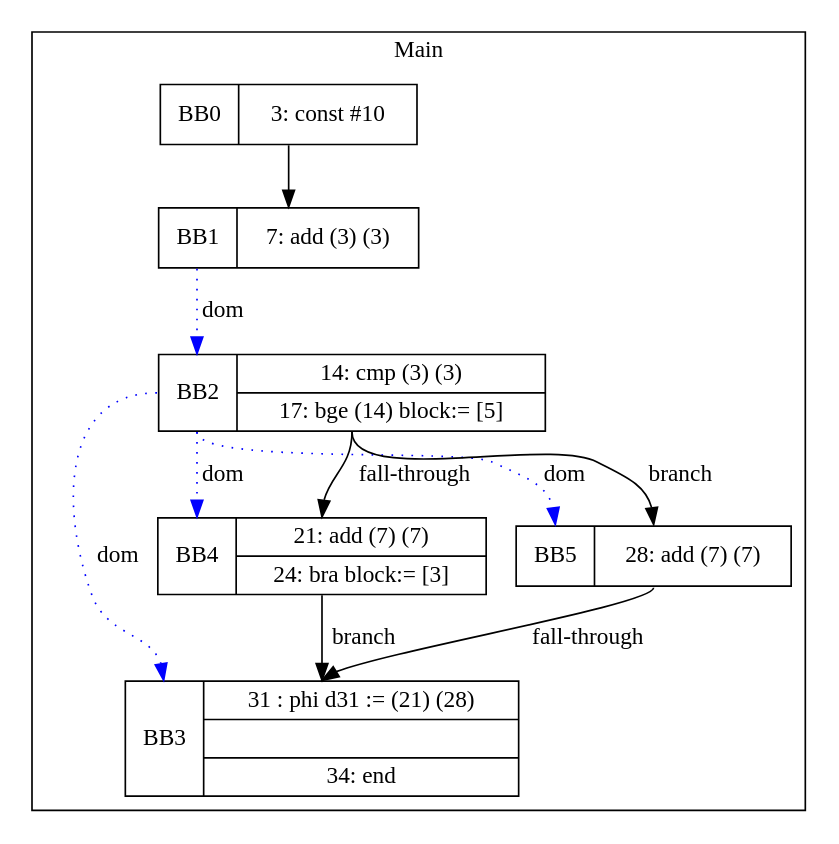
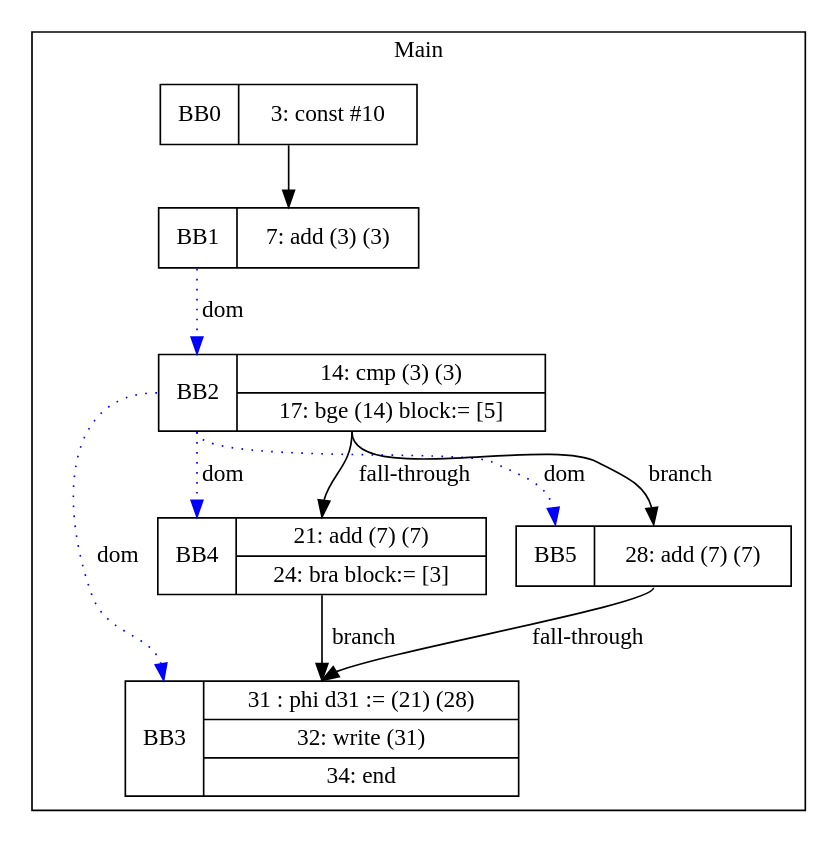
One commit to zjc664656505/UCI-CS241-Advanced-Compiler-main changed the diagram in visualization/jmcgowa/CSE_Tests/CSE3.gv. Above: the diagram before and after it, drawn with Graphviz. The commit also changed 26 other files, not shown here.

```diff
--- a/visualization/jmcgowa/CSE_Tests/CSE3.gv
+++ b/visualization/jmcgowa/CSE_Tests/CSE3.gv
@@ -1,21 +1,21 @@
 digraph G {
 node [shape=record];
 subgraph cluster_main{
 label = "Main";
 BB0 [shape=record, label="<b>BB0|{3: const #10}"];
 BB1 [shape=record, label="<b>BB1|{7: add (3) (3)}"];
 BB2 [shape=record, label="<b>BB2|{14: cmp (3) (3)|17: bge (14) block:= [5]}"];
-BB3 [shape=record, label="<b>BB3|{31 : phi d31 := (21) (28)||34: end}"];
+BB3 [shape=record, label="<b>BB3|{31 : phi d31 := (21) (28)|32: write (31)|34: end}"];
 BB4 [shape=record, label="<b>BB4|{21: add (7) (7)|24: bra block:= [3]}"];
 BB5 [shape=record, label="<b>BB5|{28: add (7) (7)}"];
 }
 BB0:s -> BB1:n ;
 BB2:b -> BB3:b [color=blue, style=dotted, label="dom"];
 BB2:b -> BB4:b [color=blue, style=dotted, label="dom"];
 BB1:b -> BB2:b [color=blue, style=dotted, label="dom"];
 BB2:b -> BB5:b [color=blue, style=dotted, label="dom"];
 BB2:s -> BB5:n [label="branch"];
 BB4:s -> BB3:n [label="branch"];
 BB5:s -> BB3:n [label="fall-through"];
 BB2:s -> BB4:n [label="fall-through"];
 }
```
